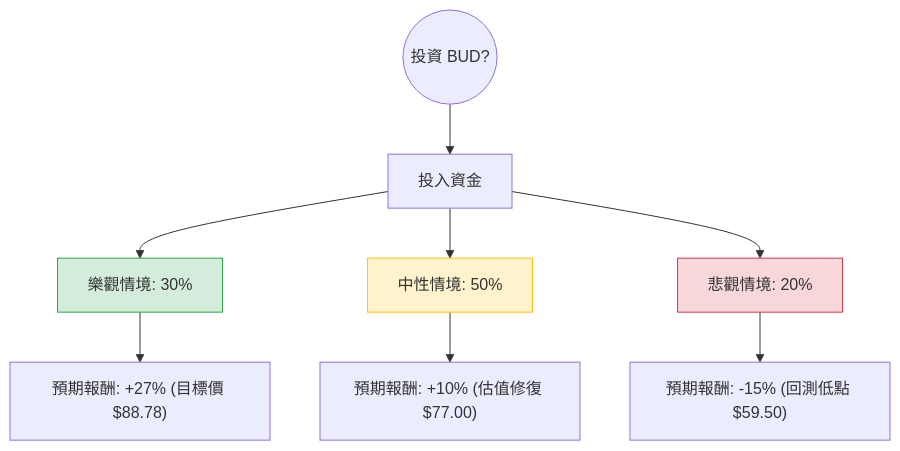
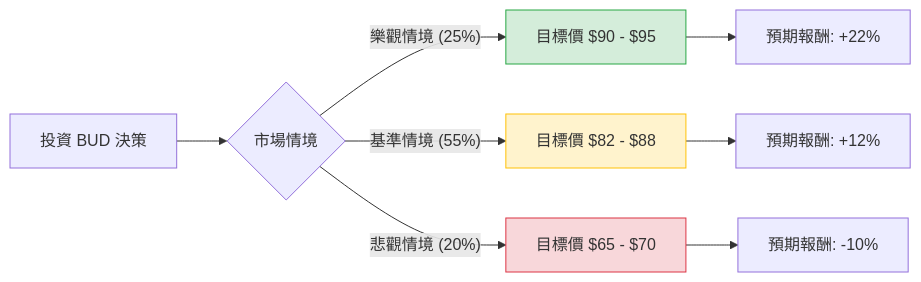
Before and after one commit to zmcx16/zmcx16.github.io: the diagram in plugin-react/ai-analysis/ev-analysis/BUD.md, drawn with Mermaid. The commit also changed other lines of this file and 68 other files, not shown here.

````diff
--- a/plugin-react/ai-analysis/ev-analysis/BUD.md
+++ b/plugin-react/ai-analysis/ev-analysis/BUD.md
@@ -21,16 +21,17 @@
 ```mermaid
-graph TD
-    Start((投資 BUD?)) --> Invest[投入資金]
+graph LR
+    A[投資 BUD 決策] --> B{市場情境}
     
-    Invest --> Bull[樂觀情境: 30%]
-    Invest --> Base[中性情境: 50%]
-    Invest --> Bear[悲觀情境: 20%]
+    B -- 樂觀情境 (25%) --> C[目標價 $90 - $95]
+    C --> C1[預期報酬: +22%]
+    
+    B -- 基準情境 (55%) --> D[目標價 $82 - $88]
+    D --> D1[預期報酬: +12%]
+    
+    B -- 悲觀情境 (20%) --> E[目標價 $65 - $70]
+    E --> E1[預期報酬: -10%]
 
-    Bull --> Bull_EV["預期報酬: +27% (目標價 $88.78)"]
-    Base --> Base_EV["預期報酬: +10% (估值修復 $77.00)"]
-    Bear --> Bear_EV["預期報酬: -15% (回測低點 $59.50)"]
-
-    style Bull fill:#d4edda,stroke:#28a745
-    style Base fill:#fff3cd,stroke:#ffc107
-    style Bear fill:#f8d7da,stroke:#dc3545
+    style C fill:#d4edda,stroke:#28a745
+    style D fill:#fff3cd,stroke:#ffc107
+    style E fill:#f8d7da,stroke:#dc3545
 ```
````
